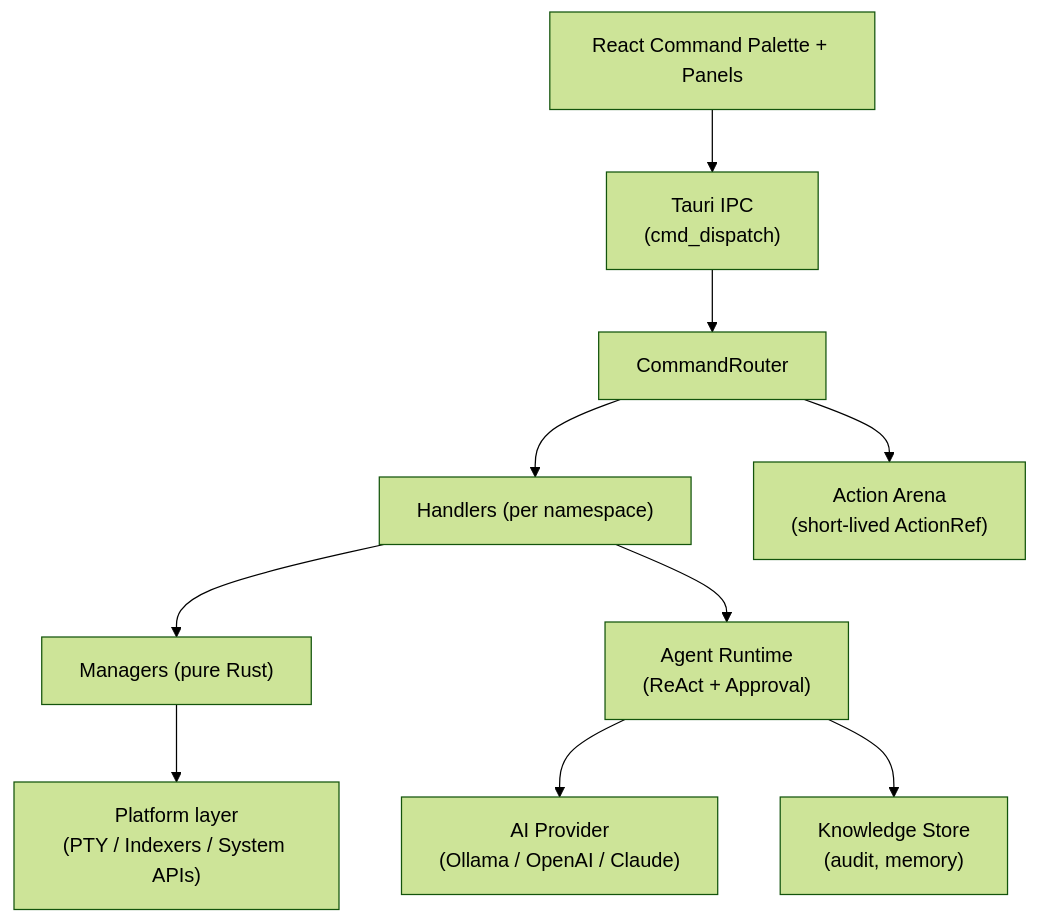
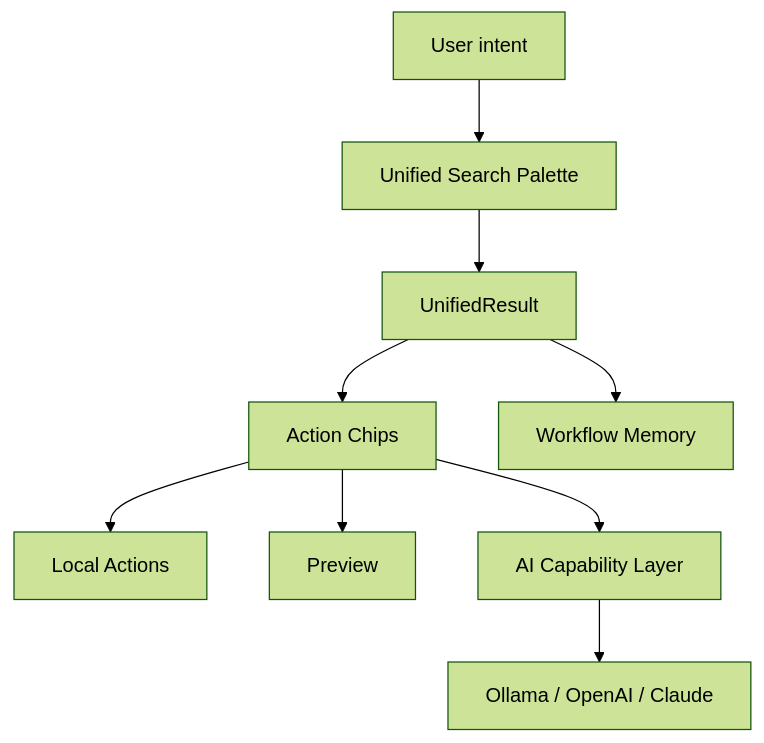
One commit to aionyx02/keynova changed the diagram in README.md. Above: the diagram before and after it, drawn with Mermaid (forest theme). The commit also changed other lines of this file and 9 other files, not shown here.

Commit message:
refactor(docs): Update active, backlog, and blocked task files for AI capability layer and unified search

````diff
--- a/README.md
+++ b/README.md
@@ -137,12 +185,11 @@
 ```mermaid
 graph TD
-    UI["React Command Palette + Panels"] --> IPC["Tauri IPC<br/>(cmd_dispatch)"]
-    IPC --> Router["CommandRouter"]
-    Router --> Handlers["Handlers (per namespace)"]
-    Router --> Arena["Action Arena<br/>(short-lived ActionRef)"]
-    Handlers --> Managers["Managers (pure Rust)"]
-    Handlers --> Agent["Agent Runtime<br/>(ReAct + Approval)"]
-    Agent --> AI["AI Provider<br/>(Ollama / OpenAI / Claude)"]
-    Agent --> Knowledge["Knowledge Store<br/>(audit, memory)"]
-    Managers --> Platform["Platform layer<br/>(PTY / Indexers / System APIs)"]
+    User["User intent"] --> Palette["Unified Search Palette"]
+    Palette --> Result["UnifiedResult"]
+    Result --> Action["Action Chips"]
+    Action --> Local["Local Actions"]
+    Action --> Preview["Preview"]
+    Action --> Capability["AI Capability Layer"]
+    Capability --> Provider["Ollama / OpenAI / Claude"]
+    Result --> Memory["Workflow Memory"]
 ```
````
